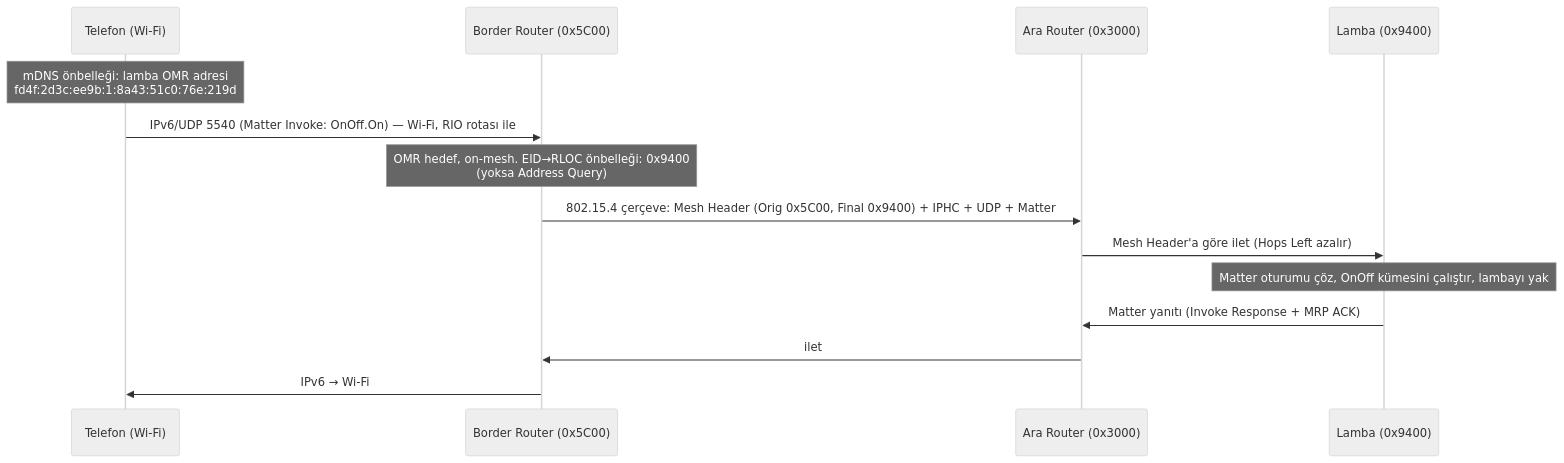
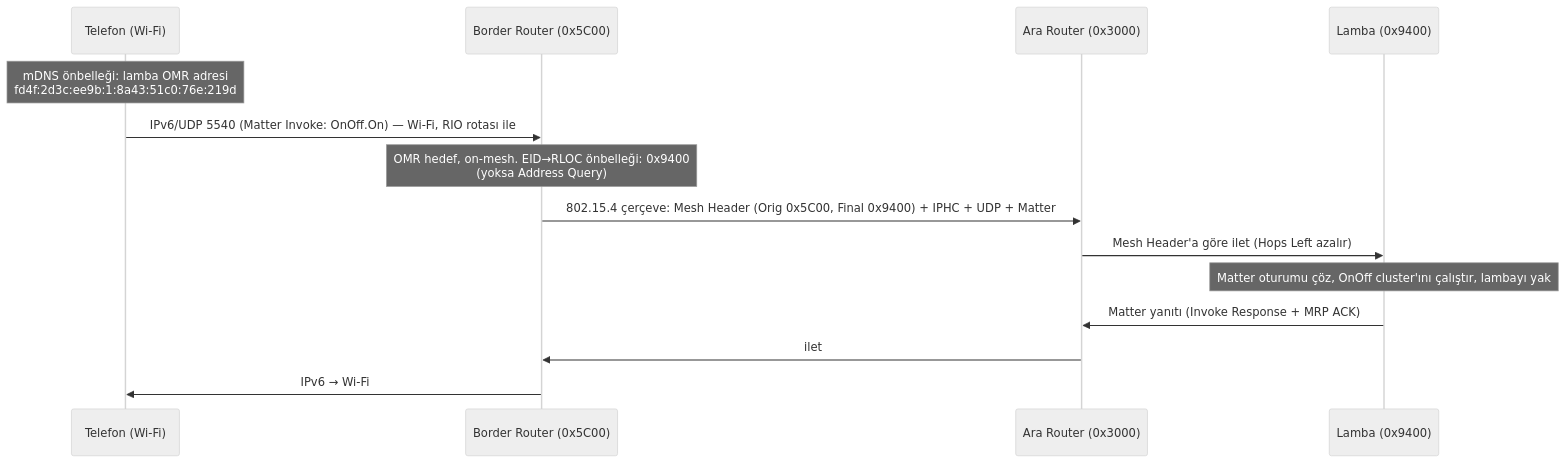
One commit to Berkancelik/thread-architecture changed the second of 2 diagrams in bolumler/22-senaryolar.md. Above: the diagram before and after it, drawn with Mermaid (neutral theme). The commit also changed other lines of this file and 31 other files, not shown here.

````diff
--- a/bolumler/22-senaryolar.md
+++ b/bolumler/22-senaryolar.md
@@ -60,16 +60,16 @@
 ```mermaid
 sequenceDiagram
     participant PH as Telefon (Wi-Fi)
     participant BR as Border Router (0x5C00)
     participant R as Ara Router (0x3000)
     participant LA as Lamba (0x9400)
     Note over PH: mDNS önbelleği: lamba OMR adresi<br/>fd4f:2d3c:ee9b:1:8a43:51c0:76e:219d
     PH->>BR: IPv6/UDP 5540 (Matter Invoke: OnOff.On) — Wi-Fi, RIO rotası ile
     Note over BR: OMR hedef, on-mesh. EID→RLOC önbelleği: 0x9400<br/>(yoksa Address Query)
     BR->>R: 802.15.4 çerçeve: Mesh Header (Orig 0x5C00, Final 0x9400) + IPHC + UDP + Matter
     R->>LA: Mesh Header'a göre ilet (Hops Left azalır)
-    Note over LA: Matter oturumu çöz, OnOff kümesini çalıştır, lambayı yak
+    Note over LA: Matter oturumu çöz, OnOff cluster'ını çalıştır, lambayı yak
     LA->>R: Matter yanıtı (Invoke Response + MRP ACK)
     R->>BR: ilet
     BR->>PH: IPv6 → Wi-Fi
 ```
````
